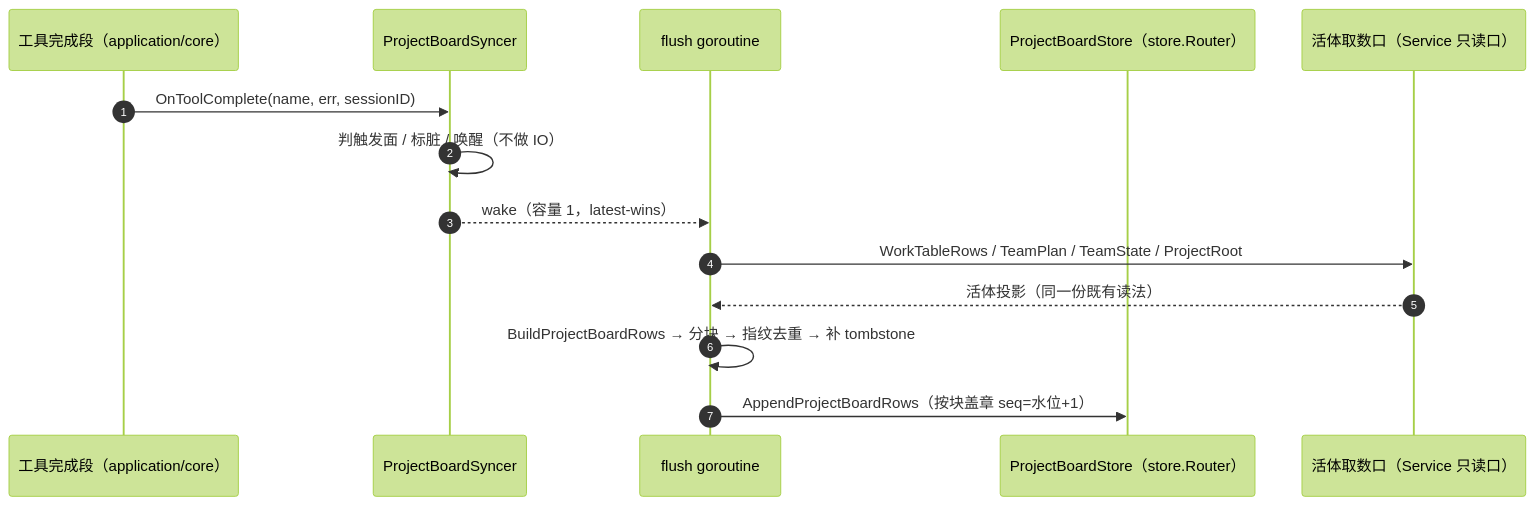
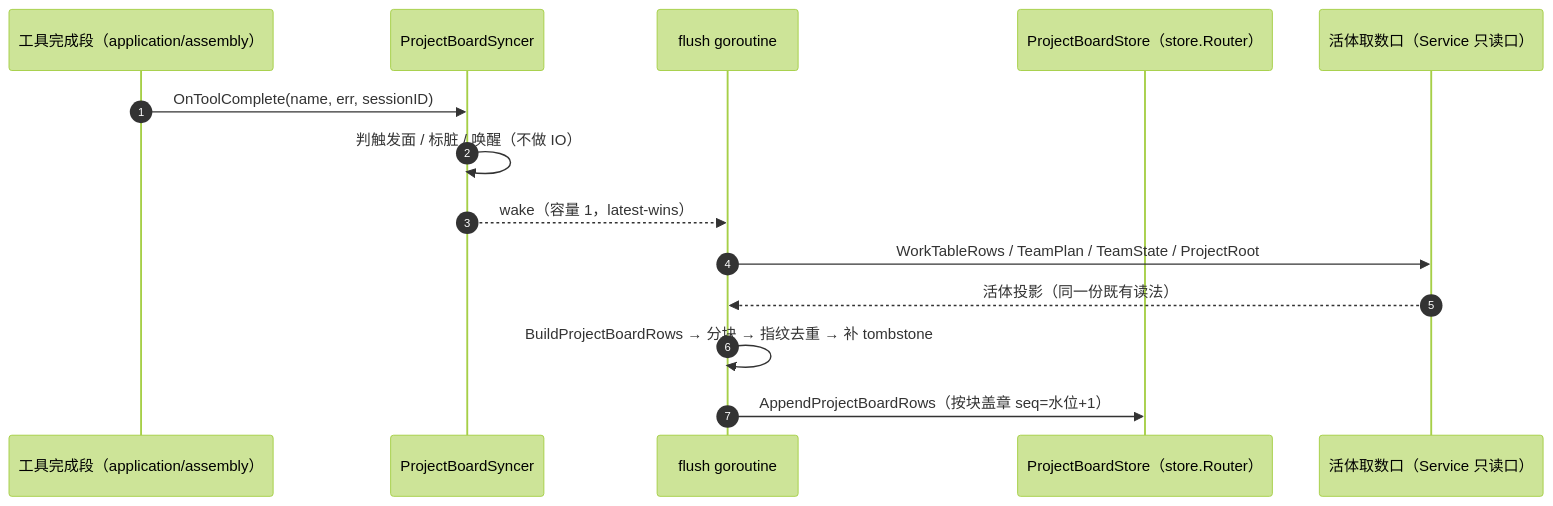
The diagram in kernel/board/README.md (RedHuang-0622/seelex), drawn with Mermaid (forest theme) before and after one commit. The commit also changed other lines of this file and 941 other files, not shown here.

Commit message:
refactor(application): retire core package

````diff
--- a/kernel/board/README.md
+++ b/kernel/board/README.md
@@ -58,16 +58,16 @@
 ```mermaid
 sequenceDiagram
     autonumber
-    participant H as 工具完成段（application/core）
+    participant H as 工具完成段（application/assembly）
     participant S as ProjectBoardSyncer
     participant F as flush goroutine
     participant ST as ProjectBoardStore（store.Router）
     participant R as 活体取数口（Service 只读口）
     H->>S: OnToolComplete(name, err, sessionID)
     S->>S: 判触发面 / 标脏 / 唤醒（不做 IO）
     S-->>F: wake（容量 1，latest-wins）
     F->>R: WorkTableRows / TeamPlan / TeamState / ProjectRoot
     R-->>F: 活体投影（同一份既有读法）
     F->>F: BuildProjectBoardRows → 分块 → 指纹去重 → 补 tombstone
     F->>ST: AppendProjectBoardRows（按块盖章 seq=水位+1）
 ```
````
